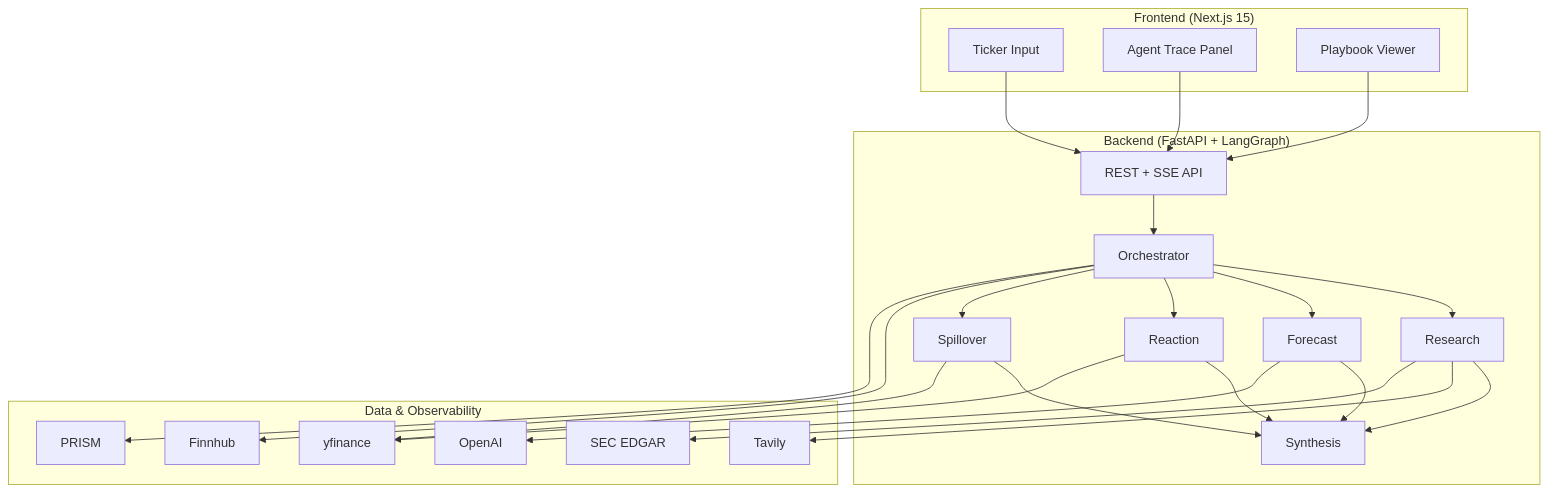
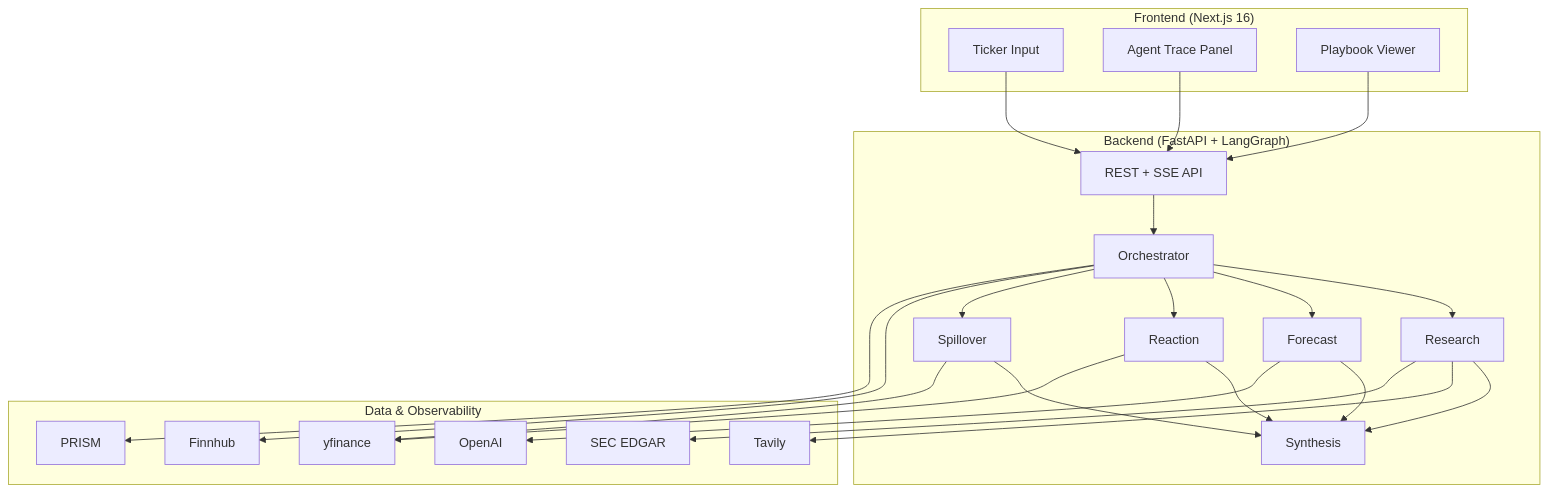
The diagram in README.md (Ankush523/EarningsPulse), drawn with Mermaid before and after one commit. The commit also changed other lines of this file and 9 other files, not shown here.

First line of the commit message:
feat: upgrade frontend to Next.js 16.3 with React 19 and TypeScript 7

````diff
--- a/README.md
+++ b/README.md
@@ -25,38 +25,38 @@
 ```mermaid
 flowchart TB
-  subgraph Frontend["Frontend (Next.js 15)"]
+  subgraph Frontend["Frontend (Next.js 16)"]
     Input[Ticker Input]
     Trace[Agent Trace Panel]
     Viewer[Playbook Viewer]
   end
 
   subgraph Backend["Backend (FastAPI + LangGraph)"]
     API[REST + SSE API]
     Orch[Orchestrator]
     R[Research]
     F[Forecast]
     Rx[Reaction]
     S[Spillover]
     Syn[Synthesis]
   end
 
   subgraph External["Data & Observability"]
     Tavily[Tavily]
     YF[yfinance]
     FH[Finnhub]
     EDGAR[SEC EDGAR]
     OAI[OpenAI]
     PRISM[PRISM]
   end
 
   Input --> API
   Trace --> API
   Viewer --> API
   API --> Orch
   Orch --> R & F & Rx & S --> Syn
   R --> Tavily & EDGAR
   F --> OAI
   Rx & S --> YF
   Orch --> FH
   Orch --> PRISM
 ```
````
